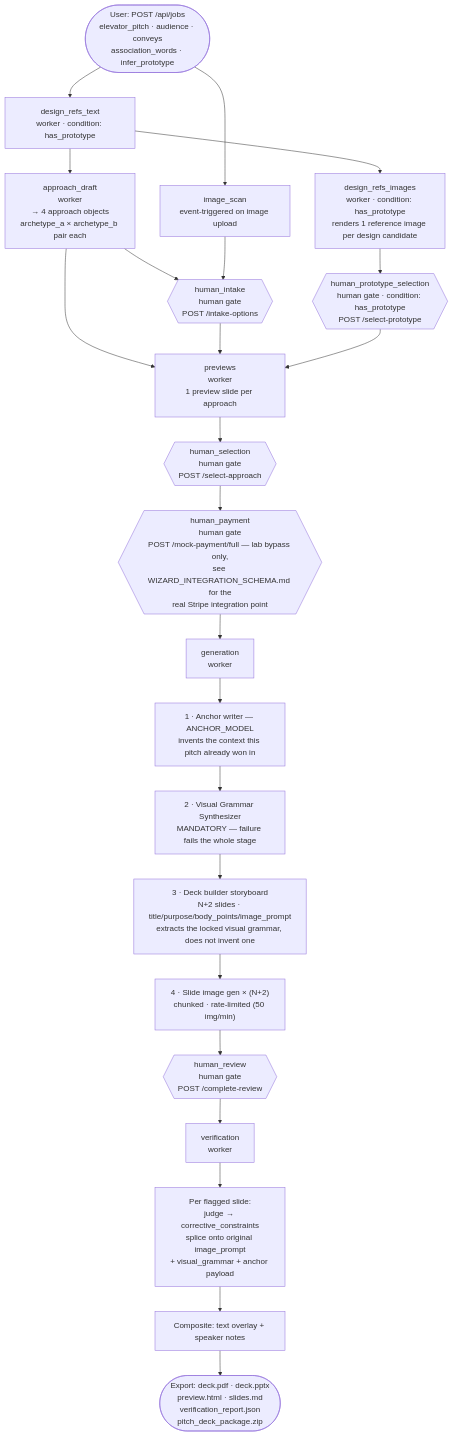
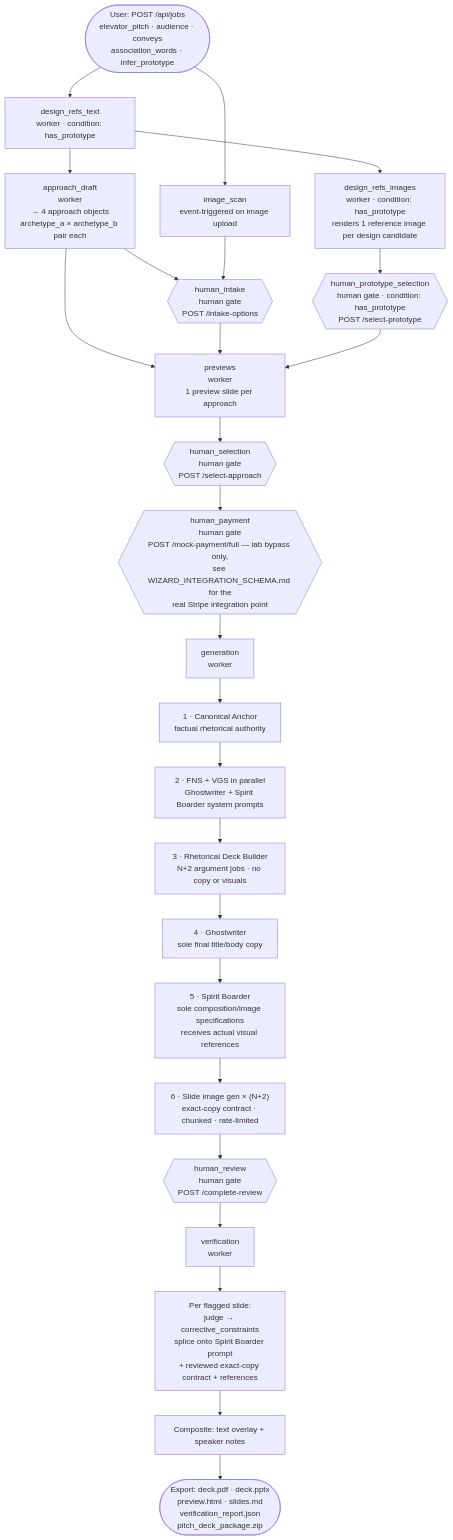
One commit to DocWobble/Pitch_Synthase_v2 changed the diagram in pipeline.md. Above: the diagram before and after it, drawn with Mermaid. The commit also changed 16 other files, not shown here.

Commit message:
Align FNS_test docs with split authority chain

````diff
--- a/pipeline.md
+++ b/pipeline.md
@@ -8,31 +8,33 @@
 ```mermaid
 flowchart TD
     A1([User: POST /api/jobs\nelevator_pitch · audience · conveys\nassociation_words · infer_prototype]) --> A2[design_refs_text\nworker · condition: has_prototype]
     A1 --> A3[image_scan\nevent-triggered on image upload]
 
     A2 --> B1[approach_draft\nworker\n→ 4 approach objects\narchetype_a × archetype_b pair each]
     A2 --> A4[design_refs_images\nworker · condition: has_prototype\nrenders 1 reference image per design candidate]
 
     B1 --> C1{{human_intake\nhuman gate\nPOST /intake-options}}
     A3 --> C1
     A4 --> C2{{human_prototype_selection\nhuman gate · condition: has_prototype\nPOST /select-prototype}}
 
     B1 --> D1[previews\nworker\n1 preview slide per approach]
     C1 --> D1
     C2 --> D1
 
     D1 --> E1{{human_selection\nhuman gate\nPOST /select-approach}}
     E1 --> E2{{human_payment\nhuman gate\nPOST /mock-payment/full — lab bypass only,\nsee WIZARD_INTEGRATION_SCHEMA.md for the\nreal Stripe integration point}}
 
     E2 --> F1[generation\nworker]
-    F1 --> F1a["1 · Anchor writer — ANCHOR_MODEL\ninvents the context this pitch already won in"]
-    F1a --> F1b["2 · Visual Grammar Synthesizer\nMANDATORY — failure fails the whole stage"]
-    F1b --> F1c["3 · Deck builder storyboard\nN+2 slides · title/purpose/body_points/image_prompt\nextracts the locked visual grammar, does not invent one"]
-    F1c --> F1d["4 · Slide image gen × (N+2)\nchunked · rate-limited (50 img/min)"]
-    F1d --> G1{{human_review\nhuman gate\nPOST /complete-review}}
+    F1 --> F1a["1 · Canonical Anchor\nfactual rhetorical authority"]
+    F1a --> F1b["2 · FNS + VGS in parallel\nGhostwriter + Spirit Boarder system prompts"]
+    F1b --> F1c["3 · Rhetorical Deck Builder\nN+2 argument jobs · no copy or visuals"]
+    F1c --> F1d["4 · Ghostwriter\nsole final title/body copy"]
+    F1d --> F1e["5 · Spirit Boarder\nsole composition/image specifications\nreceives actual visual references"]
+    F1e --> F1f["6 · Slide image gen × (N+2)\nexact-copy contract · chunked · rate-limited"]
+    F1f --> G1{{human_review\nhuman gate\nPOST /complete-review}}
 
     G1 --> H1[verification\nworker]
-    H1 --> H2["Per flagged slide:\njudge → corrective_constraints\nsplice onto original image_prompt\n+ visual_grammar + anchor payload"]
+    H1 --> H2["Per flagged slide:\njudge → corrective_constraints\nsplice onto Spirit Boarder prompt\n+ reviewed exact-copy contract + references"]
     H2 --> H3[Composite: text overlay + speaker notes]
     H3 --> H4([Export: deck.pdf · deck.pptx\npreview.html · slides.md\nverification_report.json\npitch_deck_package.zip])
 ```
````
